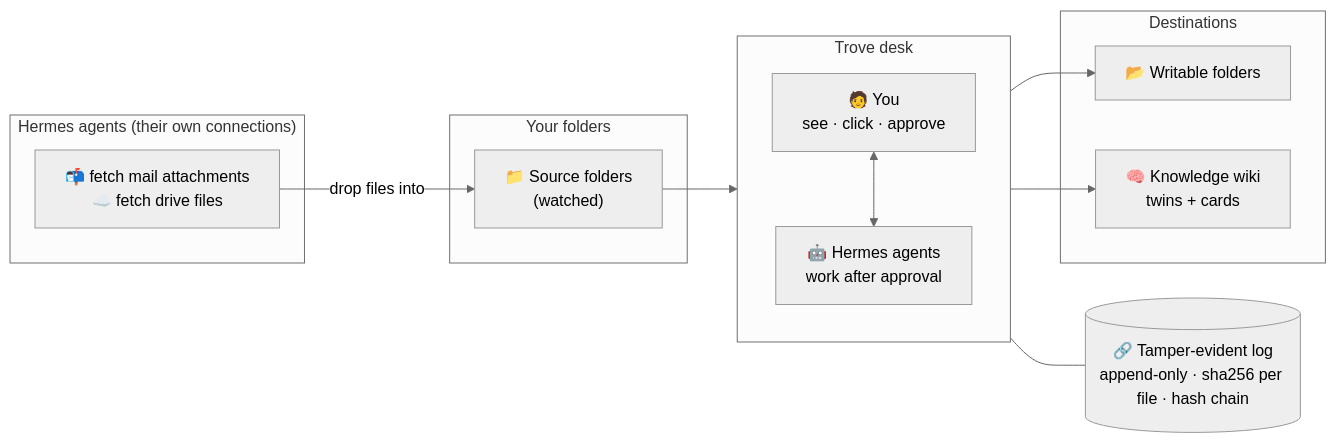
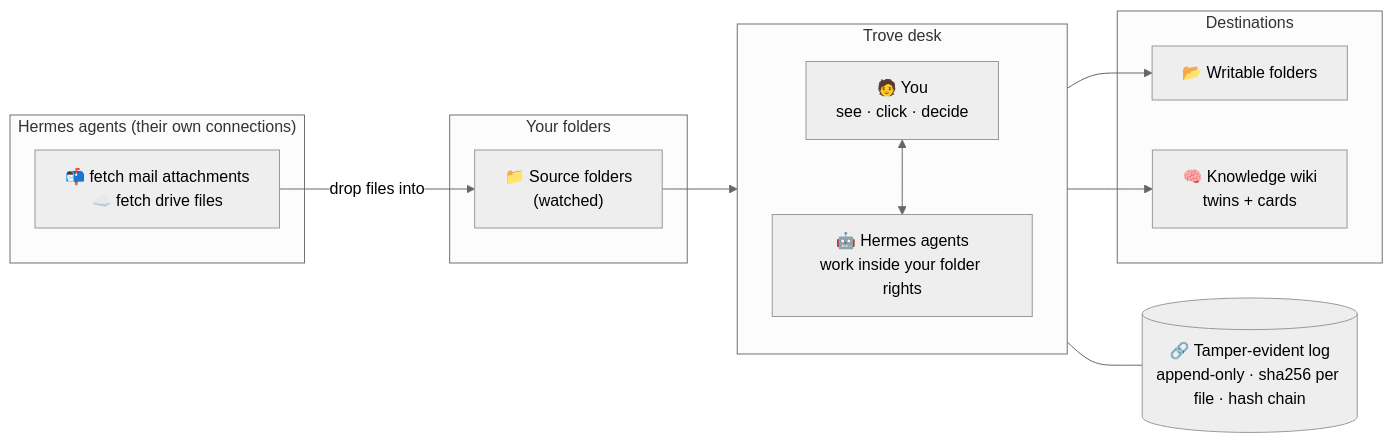
Before and after one commit to Reraise-ai/trove: the diagram in README.md, drawn with Mermaid (neutral theme). The commit also changed other lines of this file and 18 other files, not shown here.

````diff
--- a/README.md
+++ b/README.md
@@ -92,24 +95,24 @@
 ```mermaid
 flowchart LR
   subgraph S["Your folders"]
     F["📁 Source folders<br/>(watched)"]
   end
   subgraph AG["Hermes agents (their own connections)"]
     M["📬 fetch mail attachments<br/>☁️ fetch drive files"]
   end
   subgraph T["Trove desk"]
-    H["🧑 You<br/>see · click · approve"]
-    A["🤖 Hermes agents<br/>work after approval"]
+    H["🧑 You<br/>see · click · decide"]
+    A["🤖 Hermes agents<br/>work inside your folder rights"]
     H <--> A
   end
   subgraph Z["Destinations"]
     O["📂 Writable folders"]
     K["🧠 Knowledge wiki<br/>twins + cards"]
   end
   M -- "drop files into" --> F
   F --> T
   T --> O
   T --> K
   L[("🔗 Tamper-evident log<br/>append-only · sha256 per file · hash chain")]
   T --- L
 ```
````
